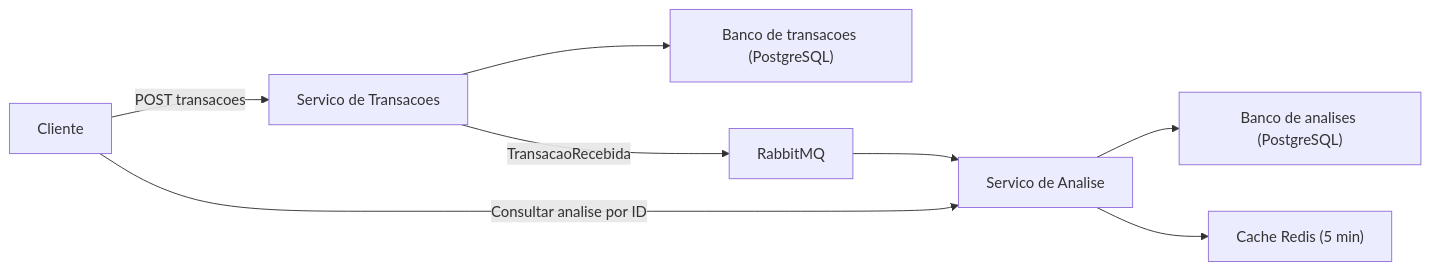
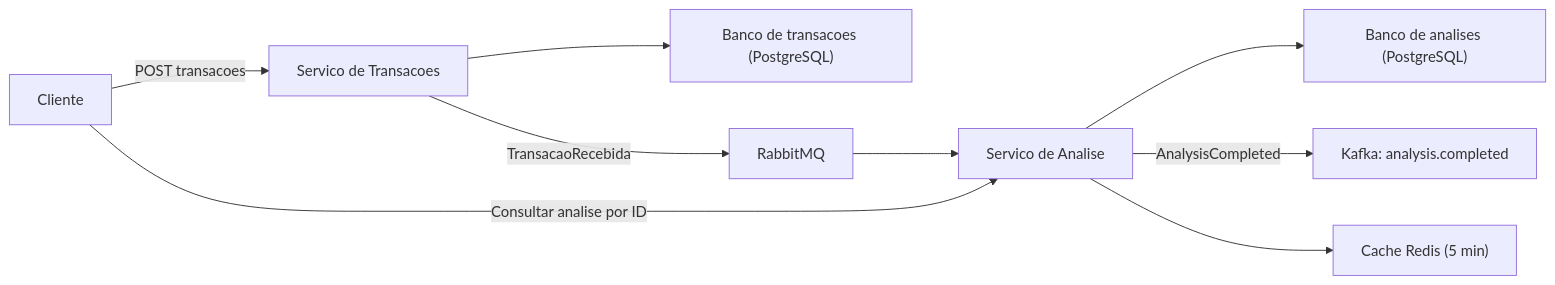
One commit to JTBCode86/antifraude-simplificado changed the diagram in README.md. Above: the diagram before and after it, drawn with Mermaid. The commit also changed other lines of this file and 8 other files, not shown here.

First line of the commit message:
feat: publish analysis results to Kafka

````diff
--- a/README.md
+++ b/README.md
@@ -7,10 +7,11 @@
 ```mermaid
 flowchart LR
     Cliente["Cliente"] -->|"POST transacoes"| T["Servico de Transacoes"]
     T --> DB1["Banco de transacoes (PostgreSQL)"]
     T -->|"TransacaoRecebida"| Q["RabbitMQ"]
     Q --> A["Servico de Analise"]
     A --> DB2["Banco de analises (PostgreSQL)"]
+    A -->|"AnalysisCompleted"| K["Kafka: analysis.completed"]
     Cliente -->|"Consultar analise por ID"| A
     A --> C["Cache Redis (5 min)"]
 ```
````
